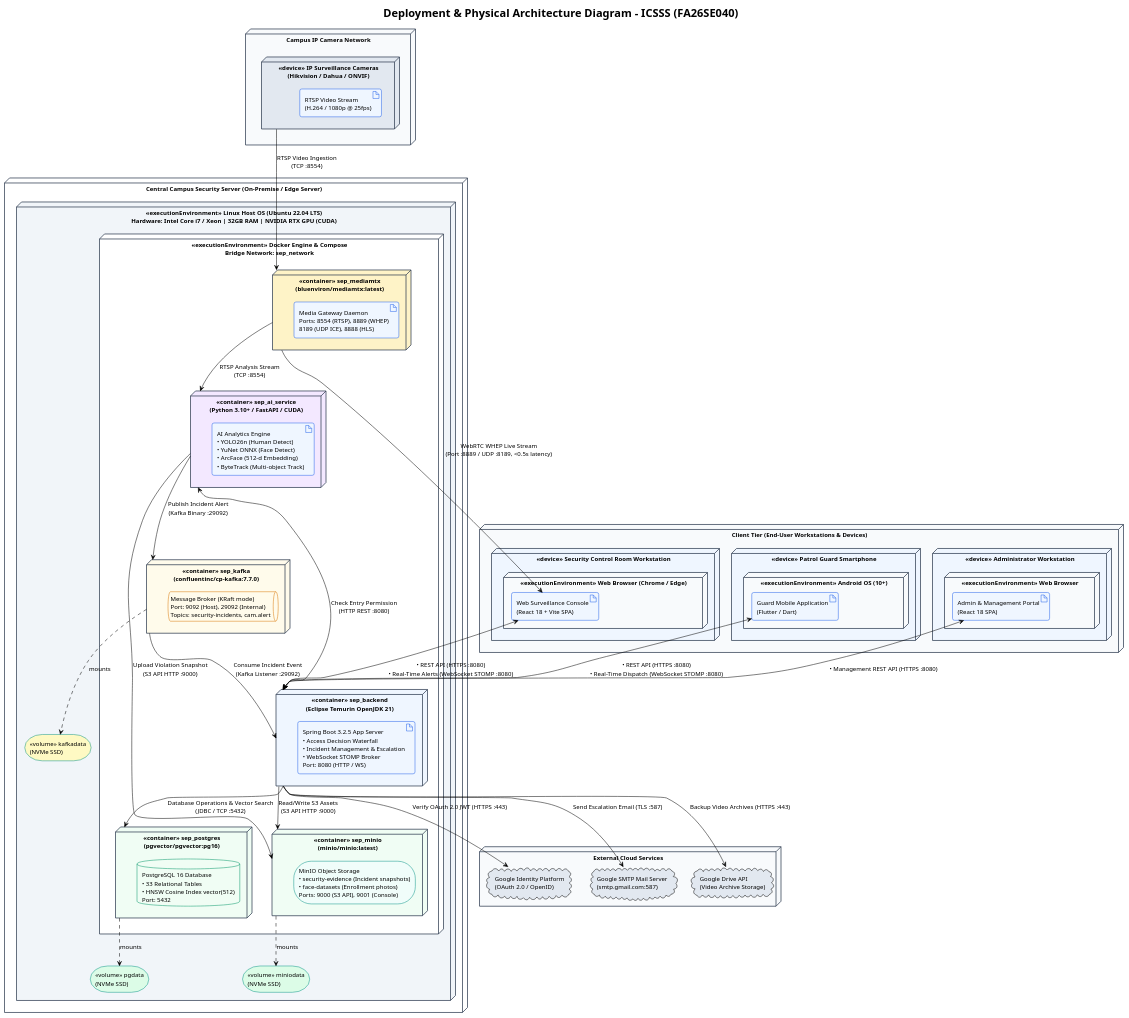
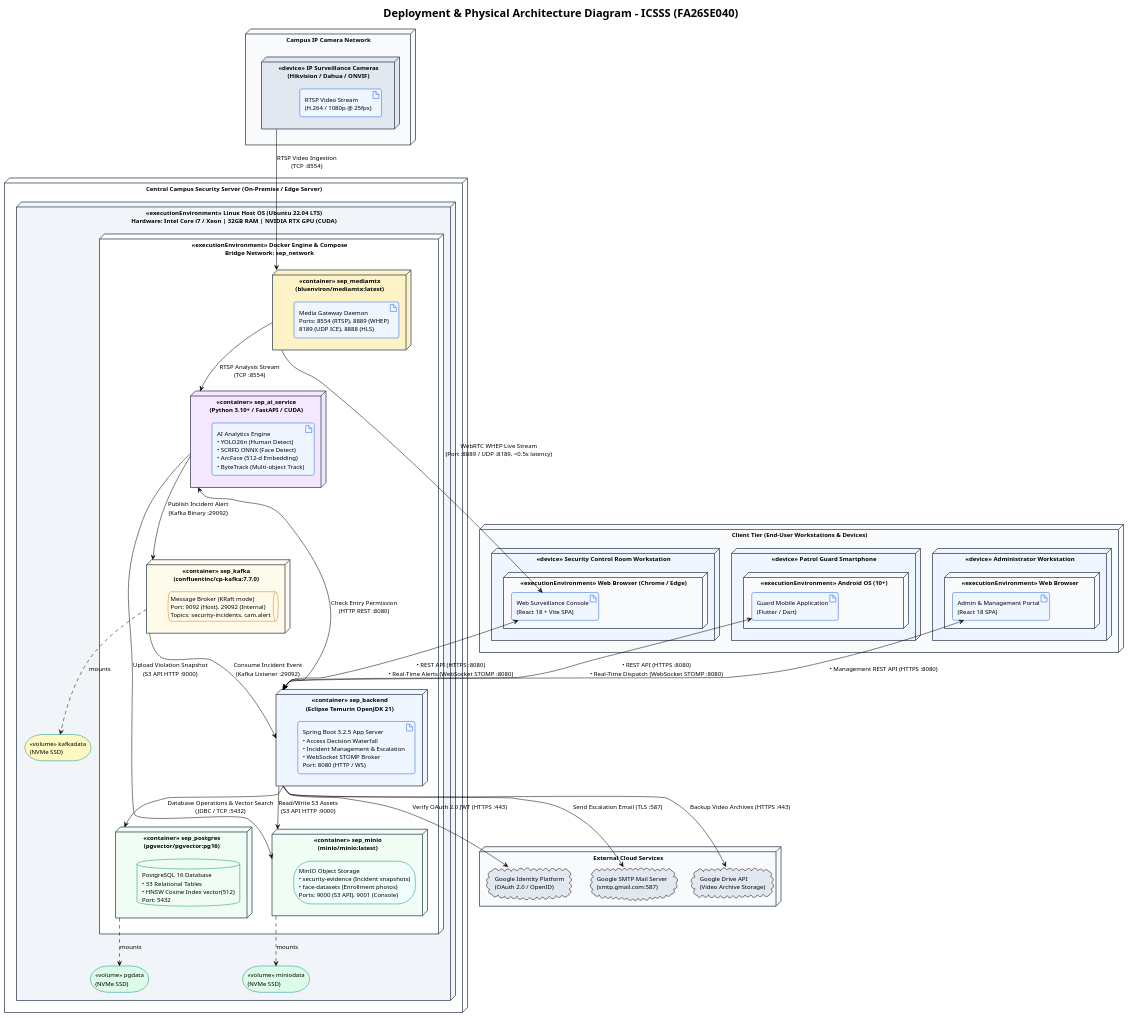
One commit to AnhHao2505/AI-Based-Intelligent-Campus-Security-Surveillance-System changed the diagram in docs/diagrams/physical-architecture.puml. Above: the diagram before and after it, drawn with PlantUML. The commit also changed 26 other files, not shown here.

First line of the commit message:
refactor(ai-service): remove YuNet face detector fallback, use SCRFD only

```diff
--- a/docs/diagrams/physical-architecture.puml
+++ b/docs/diagrams/physical-architecture.puml
@@ -1,131 +1,131 @@
 @startuml physical_architecture
 !theme plain
 skinparam backgroundColor #FFFFFF
 skinparam defaultFontName Arial
 skinparam defaultFontSize 12
 skinparam roundCorner 8
 skinparam shadowing false
 skinparam packageStyle rectangle
 
 skinparam node {
     BorderColor #334155
     BackgroundColor #F8FAFC
     BorderThickness 1.5
 }
 
 skinparam artifact {
     BorderColor #2563EB
     BackgroundColor #EFF6FF
 }
 
 skinparam queue {
     BorderColor #D97706
     BackgroundColor #FFFBEB
 }
 
 skinparam database {
     BorderColor #059669
     BackgroundColor #F0FDF4
 }
 
 skinparam storage {
     BorderColor #0D9488
     BackgroundColor #F0FDFA
 }
 
 title Deployment & Physical Architecture Diagram - ICSSS (FA26SE040)
 
 node "Campus IP Camera Network" as CamNet #F8FAFC {
     node "<<device>> IP Surveillance Cameras\n(Hikvision / Dahua / ONVIF)" as IP_Cam #E2E8F0 {
         artifact "RTSP Video Stream\n(H.264 / 1080p @ 25fps)" as StreamArtifact
     }
 }
 
 node "Client Tier (End-User Workstations & Devices)" as ClientTier #F8FAFC {
     node "<<device>> Security Control Room Workstation" as GuardPC #EFF6FF {
         node "<<executionEnvironment>> Web Browser (Chrome / Edge)" as Browser {
             artifact "Web Surveillance Console\n(React 18 + Vite SPA)" as WebApp
         }
     }
     
     node "<<device>> Patrol Guard Smartphone" as MobileDev #EFF6FF {
         node "<<executionEnvironment>> Android OS (10+)" as AndroidEnv {
             artifact "Guard Mobile Application\n(Flutter / Dart)" as MobileApp
         }
     }
     
     node "<<device>> Administrator Workstation" as AdminPC #EFF6FF {
         node "<<executionEnvironment>> Web Browser" as AdminBrowser {
             artifact "Admin & Management Portal\n(React 18 SPA)" as AdminApp
         }
     }
 }
 
 node "Central Campus Security Server (On-Premise / Edge Server)" as ServerNode #FFFFFF {
     node "<<executionEnvironment>> Linux Host OS (Ubuntu 22.04 LTS)\nHardware: Intel Core i7 / Xeon | 32GB RAM | NVIDIA RTX GPU (CUDA)" as HostOS #F1F5F9 {
         
         node "<<executionEnvironment>> Docker Engine & Compose\nBridge Network: sep_network" as DockerHost #FFFFFF {
             
             node "<<container>> sep_mediamtx\n(bluenviron/mediamtx:latest)" as c_mediamtx #FEF3C7 {
                 artifact "Media Gateway Daemon\nPorts: 8554 (RTSP), 8889 (WHEP)\n8189 (UDP ICE), 8888 (HLS)" as a_mediamtx
             }
             
             node "<<container>> sep_ai_service\n(Python 3.10+ / FastAPI / CUDA)" as c_ai #F3E8FF {
-                artifact "AI Analytics Engine\n• YOLO26n (Human Detect)\n• YuNet ONNX (Face Detect)\n• ArcFace (512-d Embedding)\n• ByteTrack (Multi-object Track)" as a_ai
+                artifact "AI Analytics Engine\n• YOLO26n (Human Detect)\n• SCRFD ONNX (Face Detect)\n• ArcFace (512-d Embedding)\n• ByteTrack (Multi-object Track)" as a_ai
             }
             
             node "<<container>> sep_kafka\n(confluentinc/cp-kafka:7.7.0)" as c_kafka #FFFBEB {
                 queue "Message Broker (KRaft mode)\nPort: 9092 (Host), 29092 (Internal)\nTopics: security-incidents, cam.alert" as a_kafka
             }
             
             node "<<container>> sep_backend\n(Eclipse Temurin OpenJDK 21)" as c_backend #EFF6FF {
                 artifact "Spring Boot 3.2.5 App Server\n• Access Decision Waterfall\n• Incident Management & Escalation\n• WebSocket STOMP Broker\nPort: 8080 (HTTP / WS)" as a_backend
             }
             
             node "<<container>> sep_postgres\n(pgvector/pgvector:pg16)" as c_db #F0FDF4 {
                 database "PostgreSQL 16 Database\n• 33 Relational Tables\n• HNSW Cosine Index vector(512)\nPort: 5432" as a_db
             }
             
             node "<<container>> sep_minio\n(minio/minio:latest)" as c_minio #F0FDF4 {
                 storage "MinIO Object Storage\n• security-evidence (Incident snapshots)\n• face-datasets (Enrollment photos)\nPorts: 9000 (S3 API), 9001 (Console)" as a_minio
             }
         }
         
         storage "<<volume>> pgdata\n(NVMe SSD)" as vol_db #DCFCE7
         storage "<<volume>> miniodata\n(NVMe SSD)" as vol_minio #DCFCE7
         storage "<<volume>> kafkadata\n(NVMe SSD)" as vol_kafka #FEF9C3
         
         c_db ..> vol_db : mounts
         c_minio ..> vol_minio : mounts
         c_kafka ..> vol_kafka : mounts
     }
 }
 
 node "External Cloud Services" as CloudServices #F8FAFC {
     cloud "Google Identity Platform\n(OAuth 2.0 / OpenID)" as cloud_google #E2E8F0
     cloud "Google SMTP Mail Server\n(smtp.gmail.com:587)" as cloud_smtp #E2E8F0
     cloud "Google Drive API\n(Video Archive Storage)" as cloud_gdrive #E2E8F0
 }
 
 ' Connections
 IP_Cam --> c_mediamtx : "RTSP Video Ingestion\n(TCP :8554)"
 c_mediamtx --> c_ai : "RTSP Analysis Stream\n(TCP :8554)"
 c_mediamtx --> WebApp : "WebRTC WHEP Live Stream\n(Port :8889 / UDP :8189, <0.5s latency)"
 
 c_ai --> c_minio : "Upload Violation Snapshot\n(S3 API HTTP :9000)"
 c_ai --> c_kafka : "Publish Incident Alert\n(Kafka Binary :29092)"
 c_ai <--> c_backend : "Check Entry Permission\n(HTTP REST :8080)"
 
 c_kafka --> c_backend : "Consume Incident Event\n(Kafka Listener :29092)"
 c_backend --> c_db : "Database Operations & Vector Search\n(JDBC / TCP :5432)"
 c_backend --> c_minio : "Read/Write S3 Assets\n(S3 API HTTP :9000)"
 
 WebApp <--> c_backend : "• REST API (HTTPS :8080)\n• Real-Time Alerts (WebSocket STOMP :8080)"
 MobileApp <--> c_backend : "• REST API (HTTPS :8080)\n• Real-Time Dispatch (WebSocket STOMP :8080)"
 AdminApp <--> c_backend : "• Management REST API (HTTPS :8080)"
 
 c_backend --> cloud_google : "Verify OAuth 2.0 JWT (HTTPS :443)"
 c_backend --> cloud_smtp : "Send Escalation Email (TLS :587)"
 c_backend --> cloud_gdrive : "Backup Video Archives (HTTPS :443)"
 
 @enduml
```
